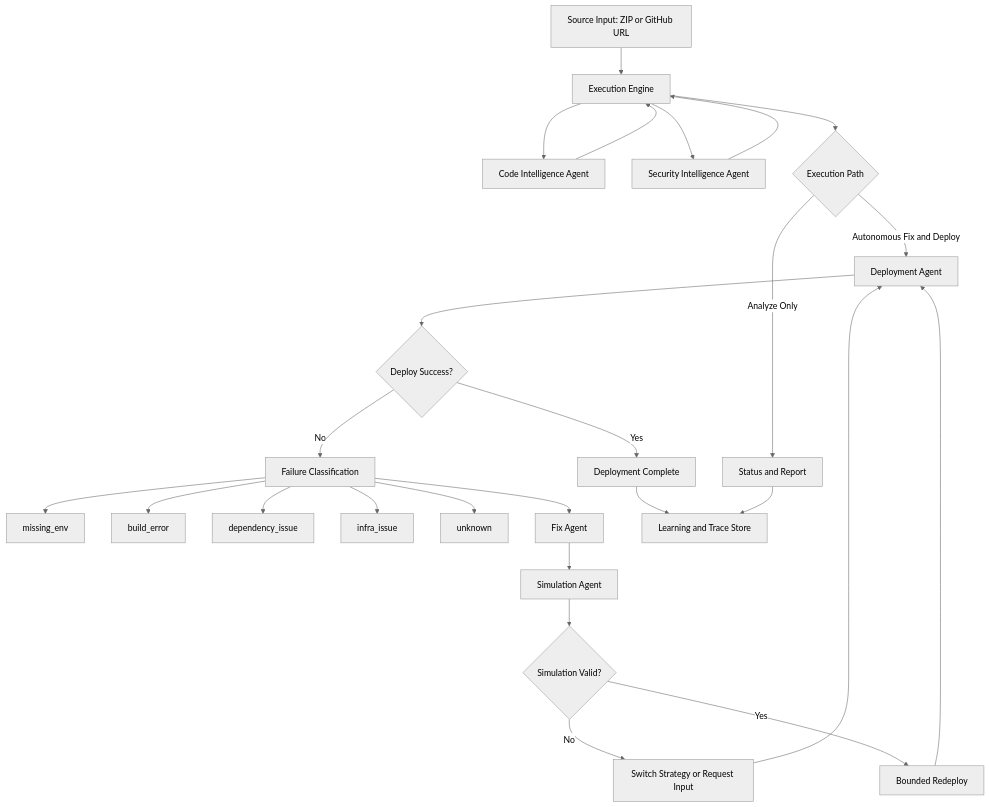
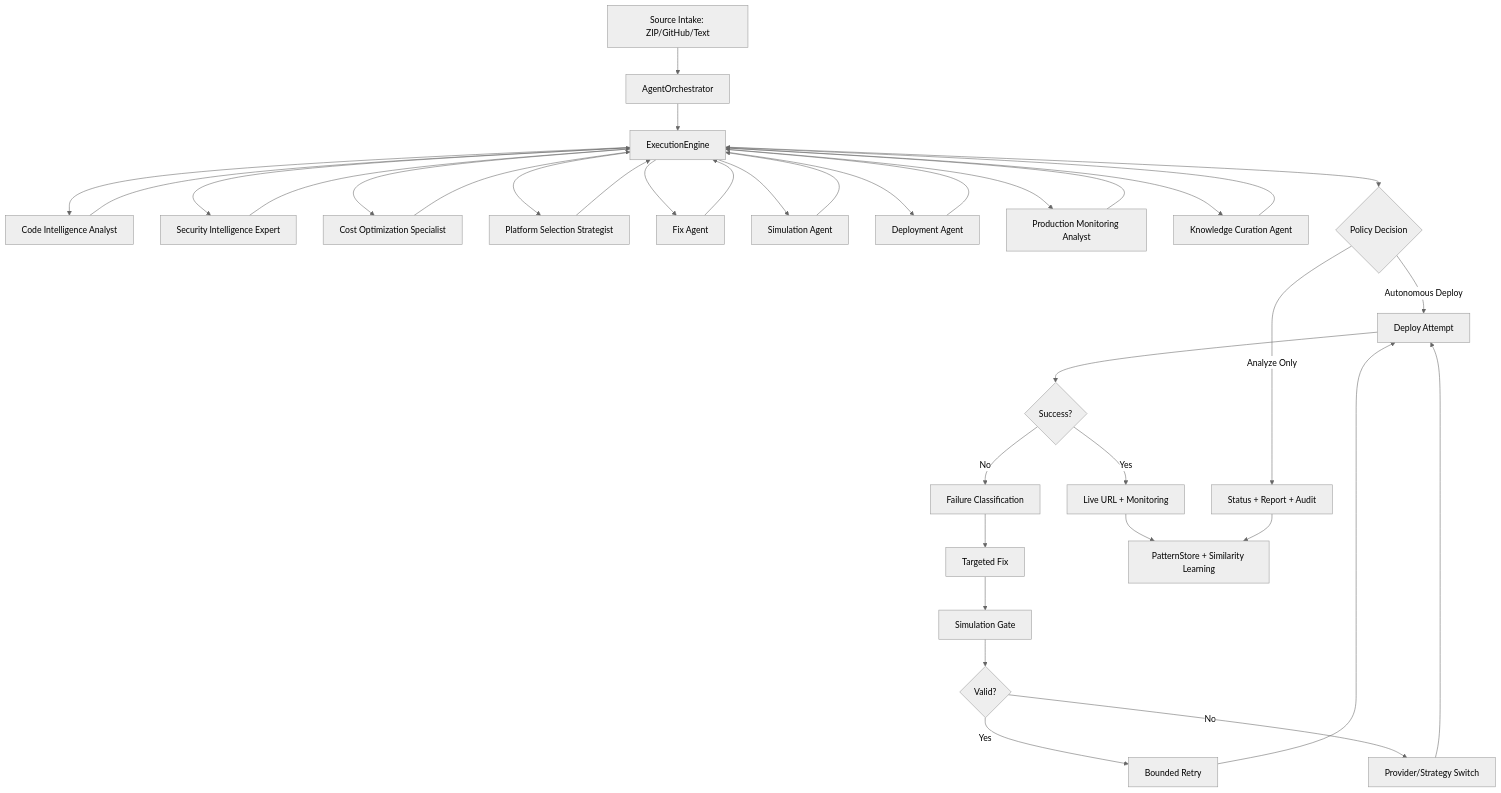
One commit to aadie14/nestify changed the diagram in README.md. Above: the diagram before and after it, drawn with Mermaid (neutral theme). The commit also changed other lines of this file, not shown here.

Commit message:
docs: update README architecture and feature reference

````diff
--- a/README.md
+++ b/README.md
@@ -103,38 +72,45 @@
 ```mermaid
 flowchart TD
-  U[Source Input: ZIP or GitHub URL] --> EX[Execution Engine]
+  U[Source Intake: ZIP/GitHub/Text] --> ORCH[AgentOrchestrator]
+  ORCH --> EX[ExecutionEngine]
 
-  EX --> CA[Code Intelligence Agent]
-  EX --> SA[Security Intelligence Agent]
-  CA --> EX
-  SA --> EX
+  EX --> A1[Code Intelligence Analyst]
+  EX --> A2[Security Intelligence Expert]
+  EX --> A3[Cost Optimization Specialist]
+  EX --> A4[Platform Selection Strategist]
+  EX --> A5[Fix Agent]
+  EX --> A6[Simulation Agent]
+  EX --> A7[Deployment Agent]
+  EX --> A8[Production Monitoring Analyst]
+  EX --> A9[Knowledge Curation Agent]
 
-  EX --> CH{Execution Path}
+  A1 --> EX
+  A2 --> EX
+  A3 --> EX
+  A4 --> EX
+  A5 --> EX
+  A6 --> EX
+  A7 --> EX
+  A8 --> EX
+  A9 --> EX
 
-  CH -->|Analyze Only| RP[Status and Report]
+  EX --> D{Policy Decision}
+  D -->|Analyze Only| RPT[Status + Report + Audit]
+  D -->|Autonomous Deploy| DEP[Deploy Attempt]
 
-  CH -->|Autonomous Fix and Deploy| DP[Deployment Agent]
-  DP --> OK{Deploy Success?}
+  DEP --> OK{Success?}
+  OK -->|Yes| LIVE[Live URL + Monitoring]
+  OK -->|No| CLASS[Failure Classification]
 
-  OK -->|Yes| SUC[Deployment Complete]
+  CLASS --> FIX[Targeted Fix]
+  FIX --> SIM[Simulation Gate]
+  SIM --> VALID{Valid?}
+  VALID -->|Yes| RETRY[Bounded Retry]
+  VALID -->|No| SWITCH[Provider/Strategy Switch]
 
-  OK -->|No| FC[Failure Classification]
-  FC --> M1[missing_env]
-  FC --> M2[build_error]
-  FC --> M3[dependency_issue]
-  FC --> M4[infra_issue]
-  FC --> M5[unknown]
+  RETRY --> DEP
+  SWITCH --> DEP
 
-  FC --> FX[Fix Agent]
-  FX --> SG[Simulation Agent]
-  SG --> SV{Simulation Valid?}
-
-  SV -->|No| SW[Switch Strategy or Request Input]
-  SV -->|Yes| RT[Bounded Redeploy]
-
-  SW --> DP
-  RT --> DP
-
-  SUC --> LS[Learning and Trace Store]
-  RP --> LS
+  LIVE --> MEM[PatternStore + Similarity Learning]
+  RPT --> MEM
 ```
````
